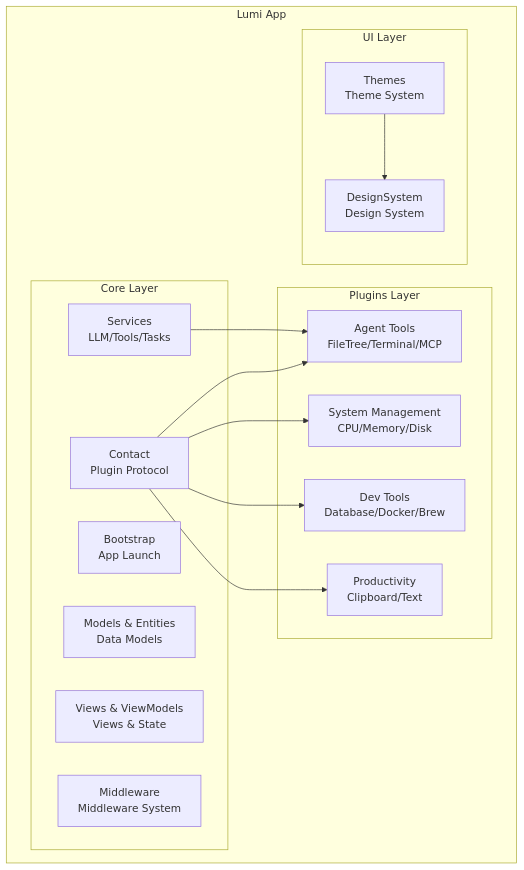
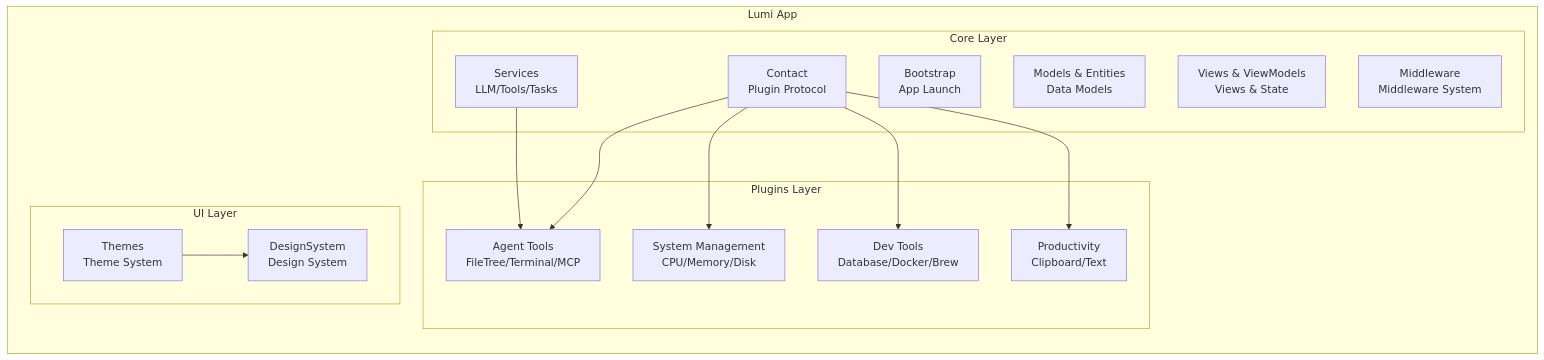
One commit to CofficLab/Lumi changed the first of 2 diagrams in README.md. Above: the diagram before and after it, drawn with Mermaid. The commit also changed 1 other file, not shown here.

Commit message:
chore:  minor adjustments

````diff
--- a/README.md
+++ b/README.md
@@ -17,32 +17,32 @@
 ```mermaid
-graph TB
+graph BT
     subgraph "Lumi App"
         subgraph "Core Layer"
             A1[Bootstrap<br/>App Launch]
             A2[Services<br/>LLM/Tools/Tasks]
             A3[Models & Entities<br/>Data Models]
             A4[Views & ViewModels<br/>Views & State]
             A5[Middleware<br/>Middleware System]
             A6[Contact<br/>Plugin Protocol]
         end
         
         subgraph "Plugins Layer"
             B1[Agent Tools<br/>FileTree/Terminal/MCP]
             B2[System Management<br/>CPU/Memory/Disk]
             B3[Dev Tools<br/>Database/Docker/Brew]
             B4[Productivity<br/>Clipboard/Text]
         end
         
         subgraph "UI Layer"
             C1[Themes<br/>Theme System]
             C2[DesignSystem<br/>Design System]
         end
     end
     
     A6 --> B1
     A6 --> B2
     A6 --> B3
     A6 --> B4
     A2 --> B1
     C1 --> C2
 ```
````
